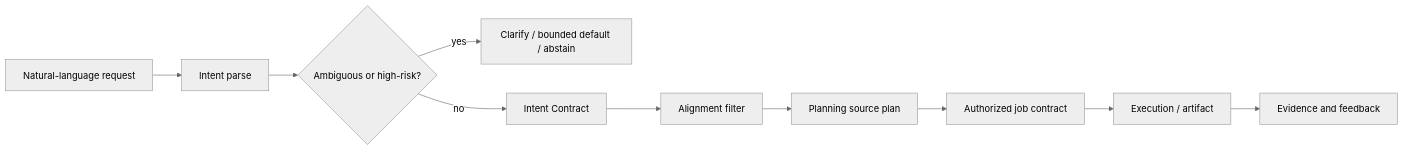
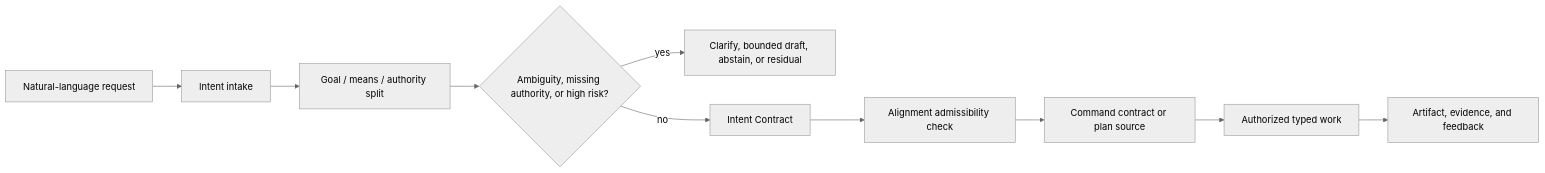
One commit to corbensorenson/asi-stack-book changed the diagram in chapters/human-intent-as-a-formal-input.qmd. Above: the diagram before and after it, drawn with Mermaid (neutral theme). The commit also changed other lines of this file and 39 other files, not shown here.

````diff
--- a/chapters/human-intent-as-a-formal-input.qmd
+++ b/chapters/human-intent-as-a-formal-input.qmd
@@ -82,12 +82,12 @@
 ```{mermaid}
 flowchart LR
-  A["Natural-language request"] --> B["Intent parse"]
-  B --> C{"Ambiguous or high-risk?"}
-  C -- "yes" --> D["Clarify / bounded default / abstain"]
-  C -- "no" --> E["Intent Contract"]
-  E --> F["Alignment filter"]
-  F --> G["Planning source plan"]
-  G --> H["Authorized job contract"]
-  H --> I["Execution / artifact"]
-  I --> J["Evidence and feedback"]
+  A["Natural-language request"] --> B["Intent intake"]
+  B --> C["Goal / means / authority split"]
+  C --> D{"Ambiguity, missing authority, or high risk?"}
+  D -- "yes" --> E["Clarify, bounded draft, abstain, or residual"]
+  D -- "no" --> F["Intent Contract"]
+  F --> G["Alignment admissibility check"]
+  G --> H["Command contract or plan source"]
+  H --> I["Authorized typed work"]
+  I --> J["Artifact, evidence, and feedback"]
 ```
````
